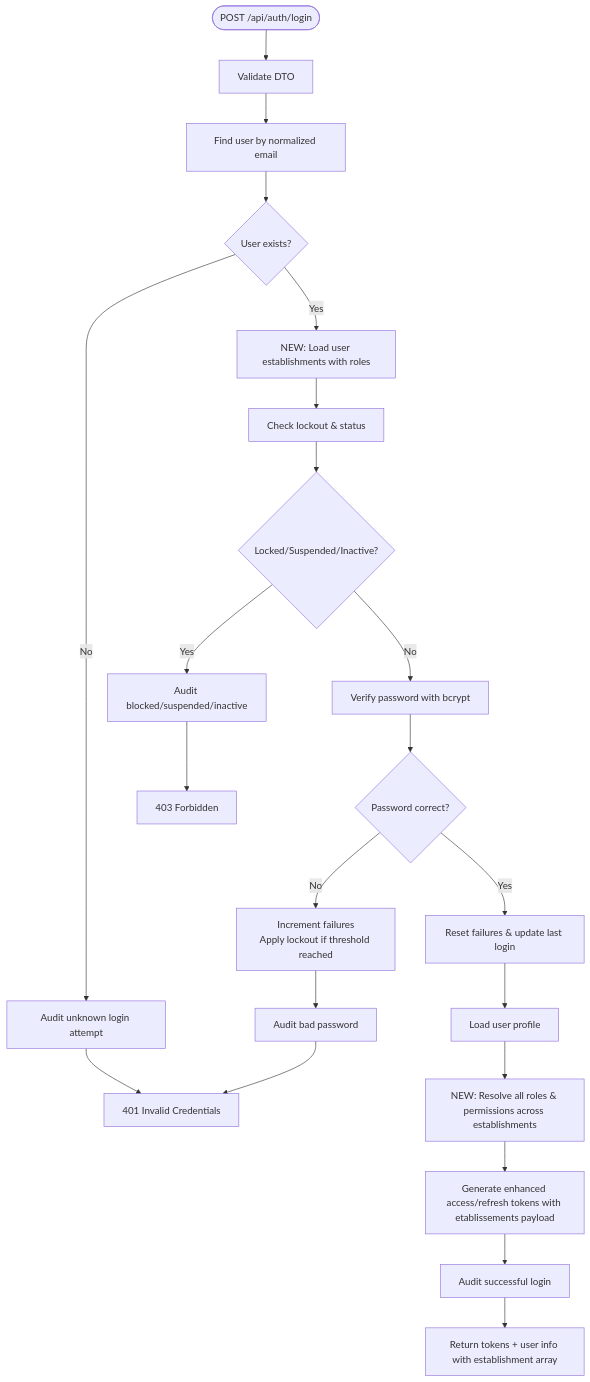
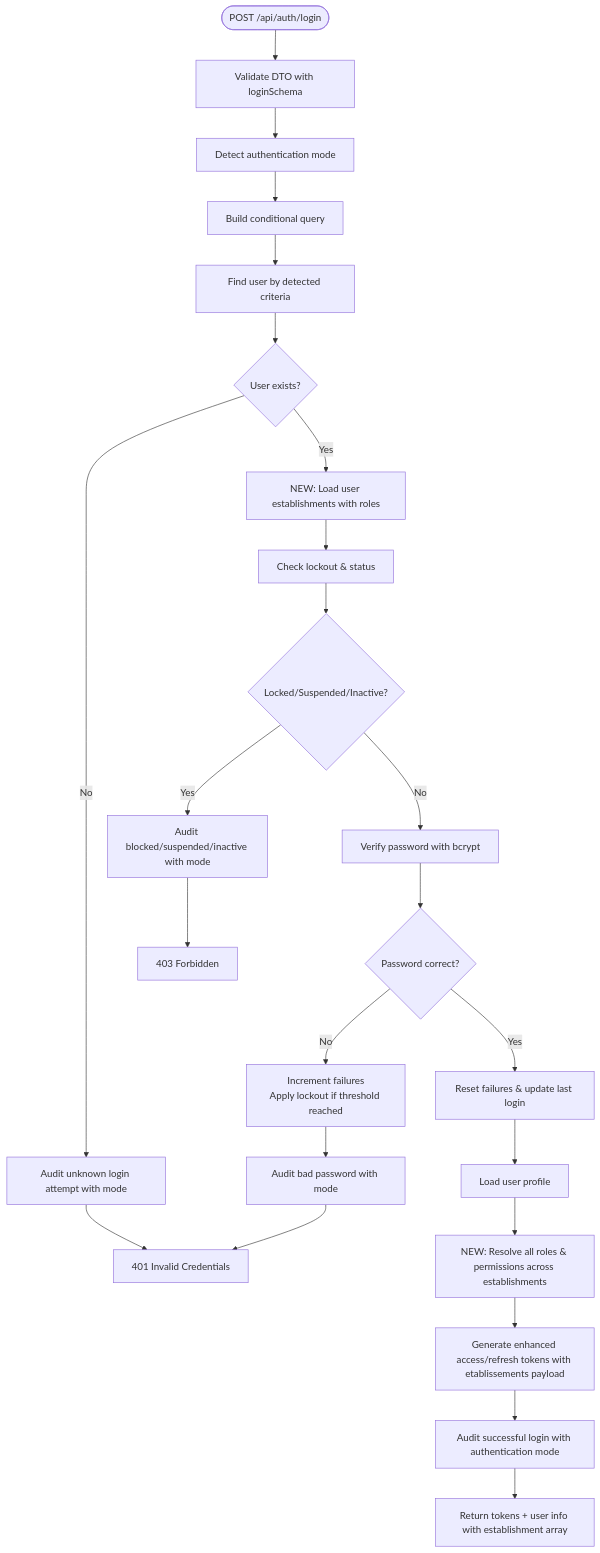
Before and after one commit to franckylab/eLISAschool: the sixth of 11 diagrams in .qoder/repowiki/en/content/Authentication & Authorization/Authentication Flow.md, drawn with Mermaid. The commit also changed other lines of this file and 151 other files, not shown here.

````diff
--- a/.qoder/repowiki/en/content/Authentication & Authorization/Authentication Flow.md
+++ b/.qoder/repowiki/en/content/Authentication & Authorization/Authentication Flow.md
@@ -281,20 +564,22 @@
 ```mermaid
 flowchart TD
-Start(["POST /api/auth/login"]) --> Validate["Validate DTO"]
-Validate --> FindUser["Find user by normalized email"]
+Start(["POST /api/auth/login"]) --> Validate["Validate DTO with loginSchema"]
+Validate --> DetectMode["Detect authentication mode"]
+DetectMode --> BuildQuery["Build conditional query"]
+BuildQuery --> FindUser["Find user by detected criteria"]
 FindUser --> Exists{"User exists?"}
-Exists --> |No| LogUnknown["Audit unknown login attempt"] --> Err401["401 Invalid Credentials"]
+Exists --> |No| LogUnknown["Audit unknown login attempt with mode"] --> Err401["401 Invalid Credentials"]
 Exists --> |Yes| LoadEstablishments["NEW: Load user establishments with roles"]
 LoadEstablishments --> CheckLock["Check lockout & status"]
 CheckLock --> Locked{"Locked/Suspended/Inactive?"}
-Locked --> |Yes| LogBlocked["Audit blocked/suspended/inactive"] --> Err403["403 Forbidden"]
+Locked --> |Yes| LogBlocked["Audit blocked/suspended/inactive with mode"] --> Err403["403 Forbidden"]
 Locked --> |No| VerifyPwd["Verify password with bcrypt"]
 VerifyPwd --> PwdOK{"Password correct?"}
-PwdOK --> |No| IncFail["Increment failures<br/>Apply lockout if threshold reached"] --> LogBadPwd["Audit bad password"] --> Err401
+PwdOK --> |No| IncFail["Increment failures<br/>Apply lockout if threshold reached"] --> LogBadPwd["Audit bad password with mode"] --> Err401
 PwdOK --> |Yes| ResetFail["Reset failures & update last login"]
 ResetFail --> LoadProfile["Load user profile"]
 LoadProfile --> ResolveRBAC["NEW: Resolve all roles & permissions across establishments"]
 ResolveRBAC --> GenTokens["Generate enhanced access/refresh tokens with etablissements payload"]
-GenTokens --> AuditOK["Audit successful login"]
+GenTokens --> AuditOK["Audit successful login with authentication mode"]
 AuditOK --> Return["Return tokens + user info with establishment array"]
 ```
````
